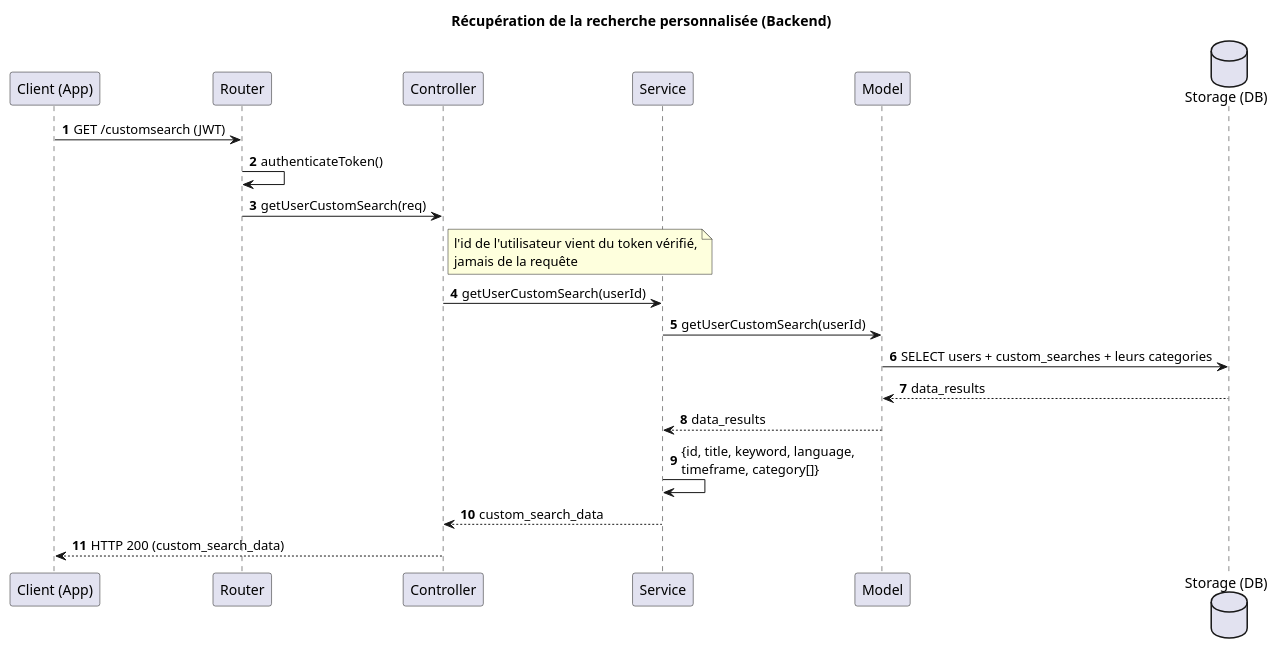
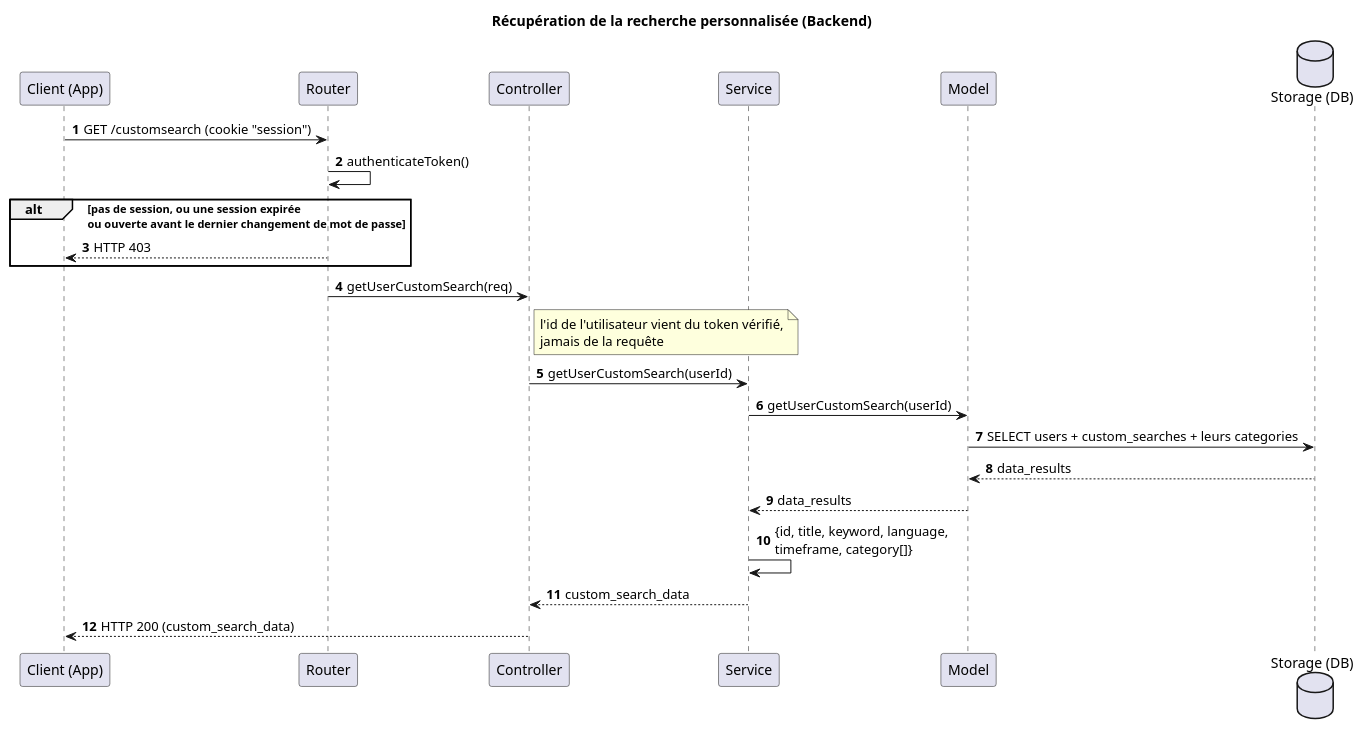
One commit to TPI2026-NewsGenerator/NewsGenerator-Backend changed the diagram in docs/UML/search-history-get-diagram.puml. Above: the diagram before and after it, drawn with PlantUML. The commit also changed 61 other files, not shown here.

First line of the commit message:
Bring the README, the MLD, the walkthroughs and every diagram up to date

```diff
--- a/docs/UML/search-history-get-diagram.puml
+++ b/docs/UML/search-history-get-diagram.puml
@@ -1,26 +1,29 @@
 @startuml
 title Récupération de la recherche personnalisée (Backend)
 autonumber
 
 participant "Client (App)" as Client
 participant "Router" as Router
 participant "Controller" as Controller
 participant "Service" as Service
 participant "Model" as Model
 database "Storage (DB)" as Storage
 
 
-Client -> Router : GET /customsearch (JWT)
+Client -> Router : GET /customsearch (cookie "session")
 Router -> Router : authenticateToken()
+alt pas de session, ou une session expirée\nou ouverte avant le dernier changement de mot de passe
+    Router --> Client : HTTP 403
+end
 Router -> Controller : getUserCustomSearch(req)
 note right of Controller : l'id de l'utilisateur vient du token vérifié,\njamais de la requête
 Controller -> Service : getUserCustomSearch(userId)
 Service -> Model : getUserCustomSearch(userId)
 Model -> Storage : SELECT users + custom_searches + leurs categories
 Storage --> Model : data_results
 Model --> Service : data_results
 Service -> Service : {id, title, keyword, language,\ntimeframe, category[]}
 Service --> Controller : custom_search_data
 Controller --> Client : HTTP 200 (custom_search_data)
 
 @enduml
```
